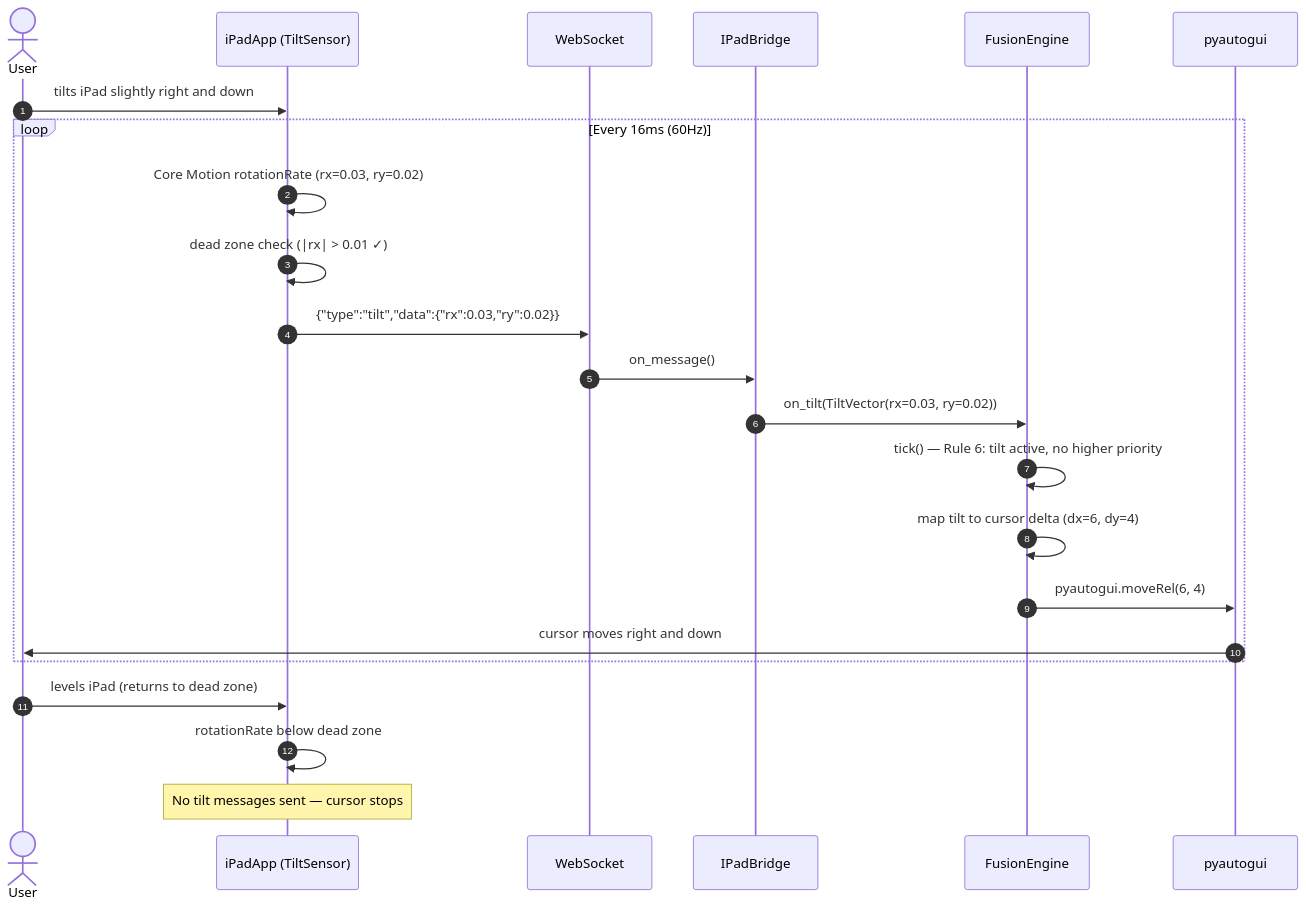
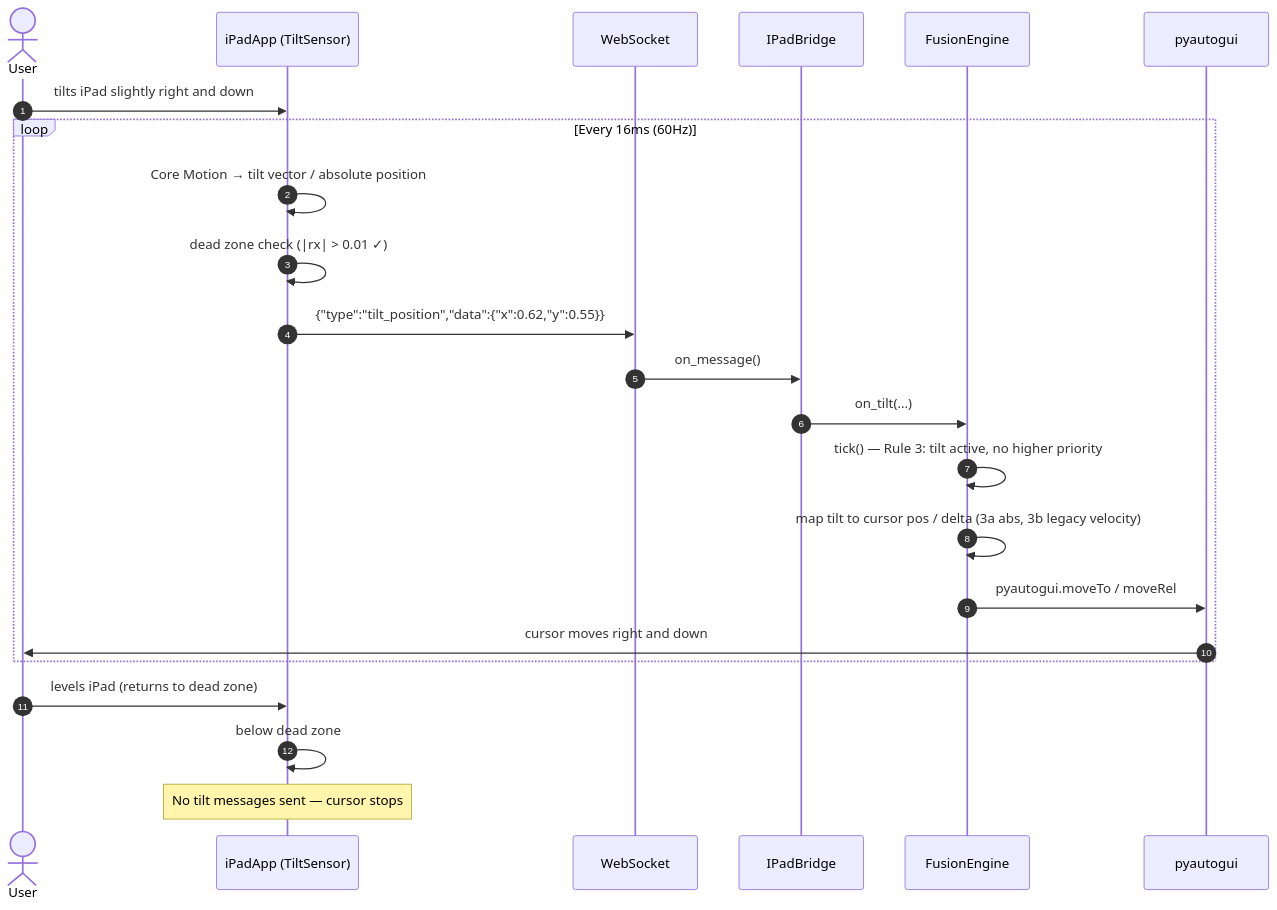
The fourth of 8 diagrams in specs/ipad-sensor-focus/diagrams/03-sequence-diagrams.md (Bradly187/Personal-Desktop-Agent), drawn with Mermaid before and after one commit. The commit also changed other lines of this file and 16 other files, not shown here.

````diff
--- a/specs/ipad-sensor-focus/diagrams/03-sequence-diagrams.md
+++ b/specs/ipad-sensor-focus/diagrams/03-sequence-diagrams.md
@@ -157,27 +92,27 @@
 ```mermaid
 sequenceDiagram
     autonumber
     actor User
     participant iPad as iPadApp (TiltSensor)
     participant WS as WebSocket
     participant Bridge as IPadBridge
     participant Fusion as FusionEngine
     participant PyAG as pyautogui
 
     User->>iPad: tilts iPad slightly right and down
     loop Every 16ms (60Hz)
-        iPad->>iPad: Core Motion rotationRate (rx=0.03, ry=0.02)
+        iPad->>iPad: Core Motion → tilt vector / absolute position
         iPad->>iPad: dead zone check (|rx| > 0.01 ✓)
-        iPad->>WS: {"type":"tilt","data":{"rx":0.03,"ry":0.02}}
+        iPad->>WS: {"type":"tilt_position","data":{"x":0.62,"y":0.55}}
         WS->>Bridge: on_message()
-        Bridge->>Fusion: on_tilt(TiltVector(rx=0.03, ry=0.02))
-        Fusion->>Fusion: tick() — Rule 6: tilt active, no higher priority
-        Fusion->>Fusion: map tilt to cursor delta (dx=6, dy=4)
-        Fusion->>PyAG: pyautogui.moveRel(6, 4)
+        Bridge->>Fusion: on_tilt(...)
+        Fusion->>Fusion: tick() — Rule 3: tilt active, no higher priority
+        Fusion->>Fusion: map tilt to cursor pos / delta (3a abs, 3b legacy velocity)
+        Fusion->>PyAG: pyautogui.moveTo / moveRel
         PyAG->>User: cursor moves right and down
     end
 
     User->>iPad: levels iPad (returns to dead zone)
-    iPad->>iPad: rotationRate below dead zone
+    iPad->>iPad: below dead zone
     Note over iPad: No tilt messages sent — cursor stops
 ```
````
